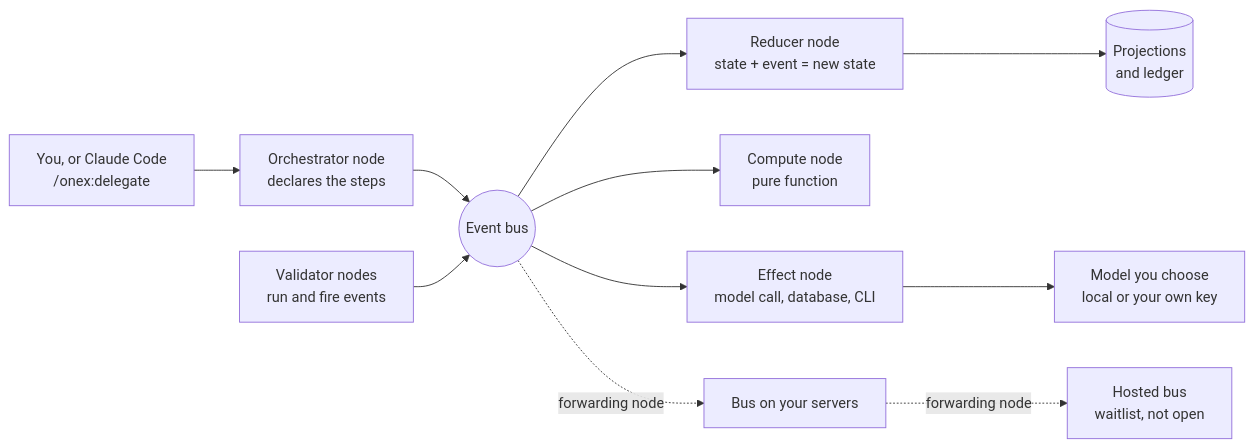
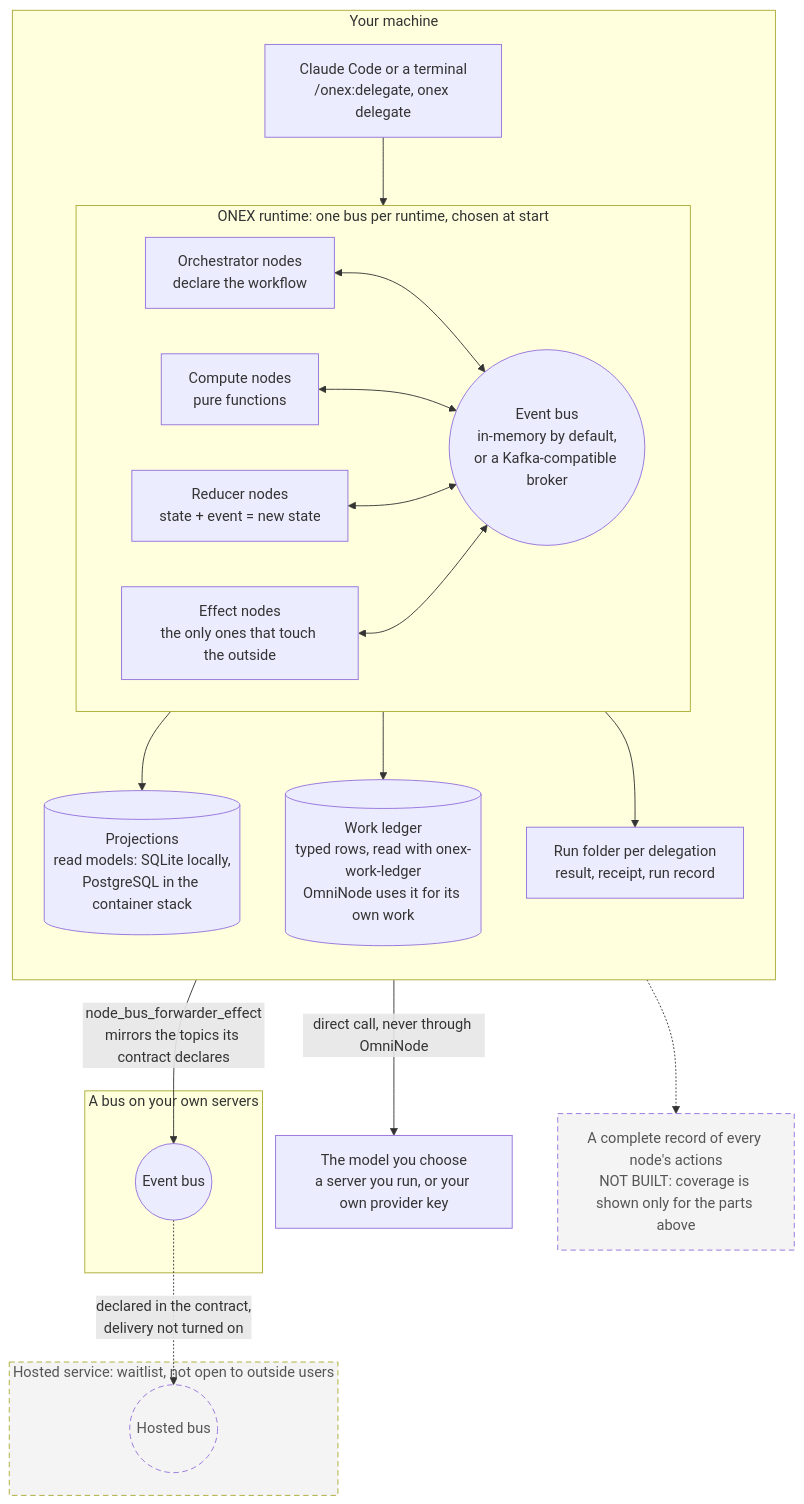
The first of 8 diagrams in guides/how-omninode-works.md (OmniNode-ai/knowledge_base), drawn with Mermaid before and after one commit. The commit also changed other lines of this file and 2 other files, not shown here.

First line of the commit message:
docs: add architecture, node-type, delegation and install diagrams and measured charts to the two guides

````diff
--- a/guides/how-omninode-works.md
+++ b/guides/how-omninode-works.md
@@ -225,13 +57,40 @@
 ```mermaid
-flowchart LR
-  you["You, or Claude Code<br/>/onex:delegate"] --> orch["Orchestrator node<br/>declares the steps"]
-  orch --> bus(("Event bus"))
-  bus --> red["Reducer node<br/>state + event = new state"]
-  bus --> cmp["Compute node<br/>pure function"]
-  bus --> eff["Effect node<br/>model call, database, CLI"]
-  eff --> out["Model you choose<br/>local or your own key"]
-  red --> proj[("Projections<br/>and ledger")]
-  val["Validator nodes<br/>run and fire events"] --> bus
-  bus -. forwarding node .-> srv["Bus on your servers"]
-  srv -. forwarding node .-> cloud["Hosted bus<br/>waitlist, not open"]
+flowchart TB
+  subgraph machine["Your machine"]
+    direction TB
+    caller["Claude Code or a terminal<br/>/onex:delegate, onex delegate"]
+    subgraph runtime["ONEX runtime: one bus per runtime, chosen at start"]
+      direction LR
+      bus(("Event bus<br/>in-memory by default,<br/>or a Kafka-compatible broker"))
+      orch["Orchestrator nodes<br/>declare the workflow"]
+      cmp["Compute nodes<br/>pure functions"]
+      red["Reducer nodes<br/>state + event = new state"]
+      eff["Effect nodes<br/>the only ones that touch the outside"]
+      orch <--> bus
+      cmp <--> bus
+      red <--> bus
+      eff <--> bus
+    end
+    proj[("Projections<br/>read models: SQLite locally,<br/>PostgreSQL in the container stack")]
+    ledger[("Work ledger<br/>typed rows, read with onex-work-ledger<br/>OmniNode uses it for its own work")]
+    runs["Run folder per delegation<br/>result, receipt, run record"]
+    caller --> orch
+    red --> proj
+    red --> ledger
+    eff --> runs
+  end
+  model["The model you choose<br/>a server you run, or your own provider key"]
+  eff -->|"direct call, never through OmniNode"| model
+  subgraph server["A bus on your own servers"]
+    bus2(("Event bus"))
+  end
+  subgraph hosted["Hosted service: waitlist, not open to outside users"]
+    bus3(("Hosted bus"))
+  end
+  bus -->|"node_bus_forwarder_effect<br/>mirrors the topics its contract declares"| bus2
+  bus2 -.->|"declared in the contract,<br/>delivery not turned on"| bus3
+  all["A complete record of every node's actions<br/>NOT BUILT: coverage is shown only for the parts above"]
+  bus -.-> all
+  classDef notbuilt stroke-dasharray: 6 4,fill:#f4f4f4,color:#555;
+  class hosted,bus3,all notbuilt;
 ```
````
